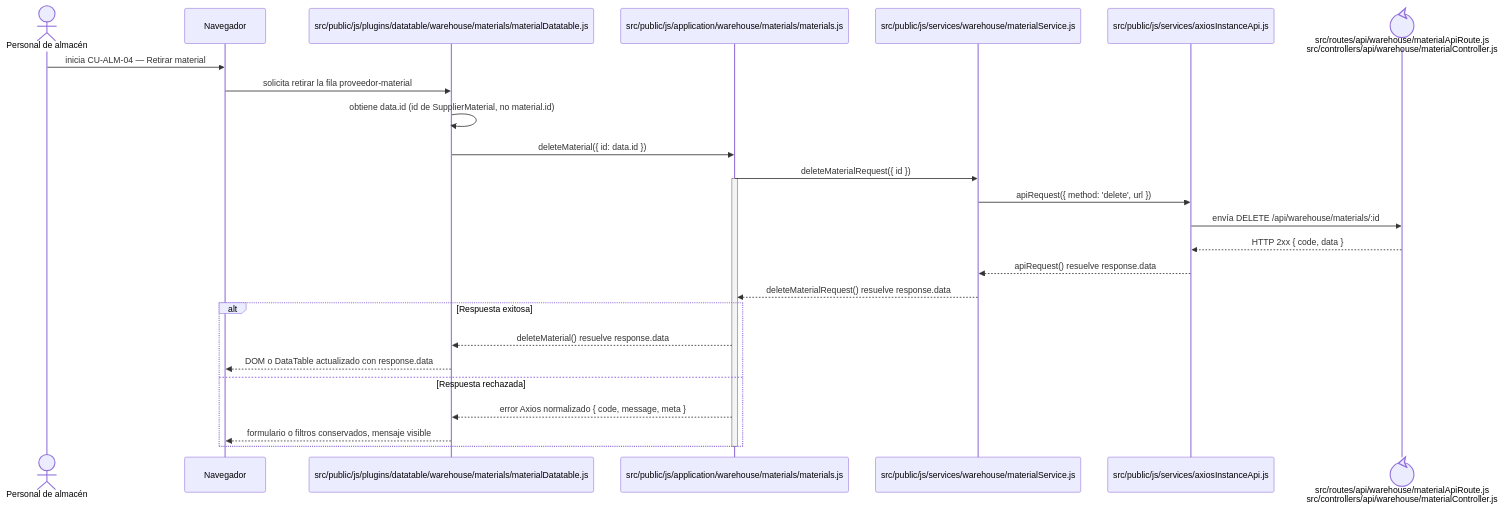
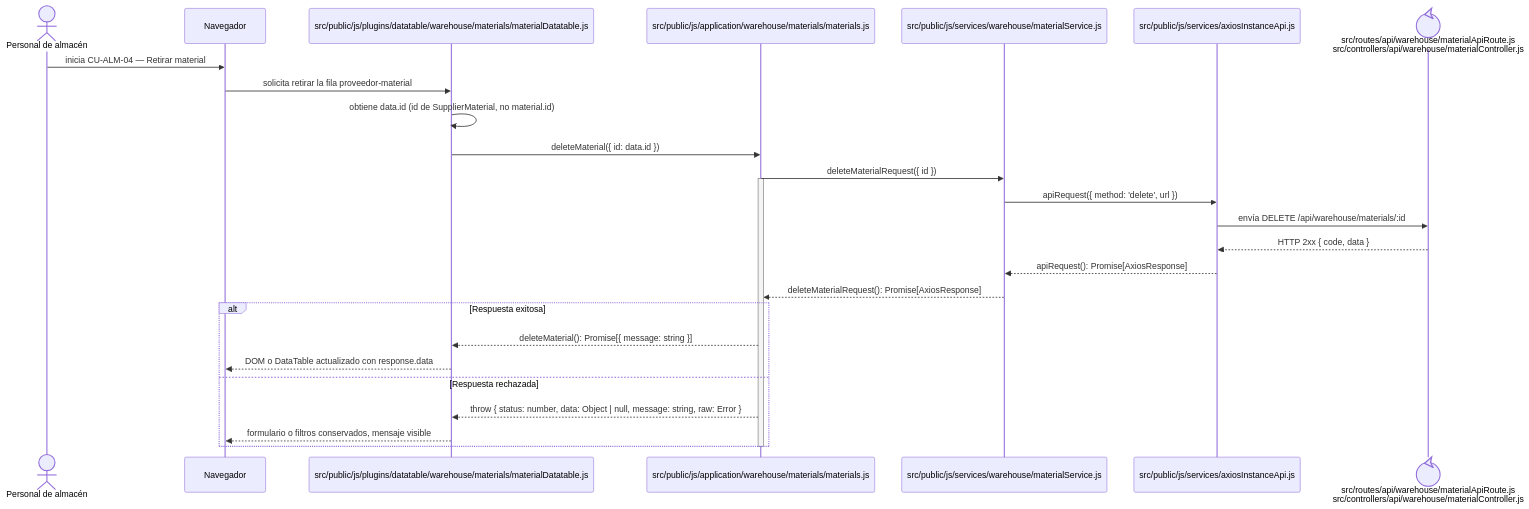
One commit to gpgsistemas01/nexus changed the diagram in docs/architecture/frontend-code-sequences/catalogs/cu-alm-04.md. Above: the diagram before and after it, drawn with Mermaid. The commit also changed 146 other files, not shown here.

````diff
--- a/docs/architecture/frontend-code-sequences/catalogs/cu-alm-04.md
+++ b/docs/architecture/frontend-code-sequences/catalogs/cu-alm-04.md
@@ -6,30 +6,30 @@
 ```mermaid
 sequenceDiagram
     actor Initiator as Personal de almacén
     participant Browser as Navegador
     participant View as src/public/js/plugins/datatable/warehouse/materials/materialDatatable.js
     participant Application as src/public/js/application/warehouse/materials/materials.js
     participant Request as src/public/js/services/warehouse/materialService.js
     participant HTTP as src/public/js/services/axiosInstanceApi.js
     participant Transport@{ "type": "control" } as src/routes/api/warehouse/materialApiRoute.js<br/>src/controllers/api/warehouse/materialController.js
 
     Initiator->>Browser: inicia CU-ALM-04 — Retirar material
     Browser->>View: solicita retirar la fila proveedor-material
     View->>View: obtiene data.id (id de SupplierMaterial, no material.id)
     View->>Application: deleteMaterial({ id: data.id })
     Application->>Request: deleteMaterialRequest({ id })
     activate Application
     Request->>HTTP: apiRequest({ method: 'delete', url })
     HTTP->>Transport: envía DELETE /api/warehouse/materials/:id
     Transport-->>HTTP: HTTP 2xx { code, data }
-    HTTP-->>Request: apiRequest() resuelve response.data
-    Request-->>Application: deleteMaterialRequest() resuelve response.data
+    HTTP-->>Request: apiRequest(): Promise[AxiosResponse]
+    Request-->>Application: deleteMaterialRequest(): Promise[AxiosResponse]
     alt Respuesta exitosa
-        Application-->>View: deleteMaterial() resuelve response.data
+        Application-->>View: deleteMaterial(): Promise[{ message: string }]
         View-->>Browser: DOM o DataTable actualizado con response.data
     else Respuesta rechazada
-        Application-->>View: error Axios normalizado { code, message, meta }
+        Application-->>View: throw { status: number, data: Object | null, message: string, raw: Error }
         View-->>Browser: formulario o filtros conservados, mensaje visible
     end
     deactivate Application
 ```
````
